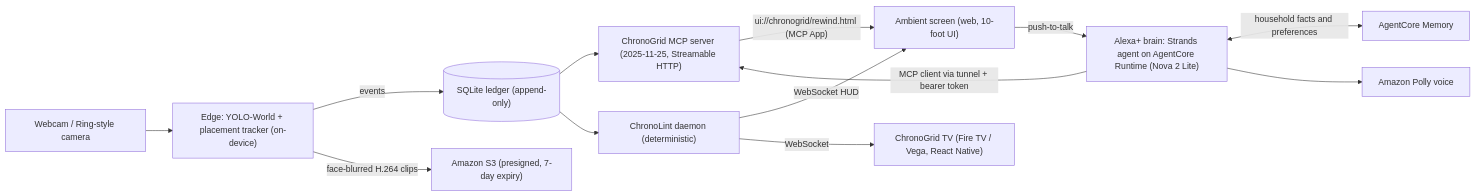
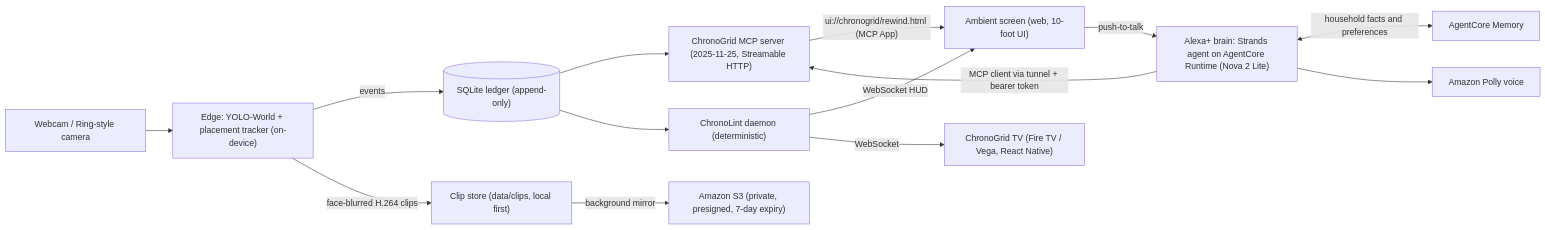
One commit to emarc99/ChronoGrid changed the diagram in README.md. Above: the diagram before and after it, drawn with Mermaid. The commit also changed other lines of this file and 3 other files, not shown here.

Commit message:
docs: explain object naming, real vs seeded history, and local-first clip storage with S3

````diff
--- a/README.md
+++ b/README.md
@@ -48,15 +48,16 @@
 ```mermaid
 flowchart LR
   Cam["Webcam / Ring-style camera"] --> Edge["Edge: YOLO-World + placement tracker (on-device)"]
   Edge -->|events| Ledger[("SQLite ledger (append-only)")]
-  Edge -->|"face-blurred H.264 clips"| S3["Amazon S3 (presigned, 7-day expiry)"]
+  Edge -->|"face-blurred H.264 clips"| Clips["Clip store (data/clips, local first)"]
+  Clips -->|"background mirror"| S3["Amazon S3 (private, presigned, 7-day expiry)"]
   Ledger --> MCP["ChronoGrid MCP server (2025-11-25, Streamable HTTP)"]
   Ledger --> Linter["ChronoLint daemon (deterministic)"]
   Alexa["Alexa+ brain: Strands agent on AgentCore Runtime (Nova 2 Lite)"] -->|"MCP client via tunnel + bearer token"| MCP
   Alexa <-->|"household facts and preferences"| Mem["AgentCore Memory"]
   Alexa --> Polly["Amazon Polly voice"]
   MCP -->|"ui://chronogrid/rewind.html (MCP App)"| Screen["Ambient screen (web, 10-foot UI)"]
   Linter -->|"WebSocket HUD"| Screen
   Linter -->|"WebSocket"| TV["ChronoGrid TV (Fire TV / Vega, React Native)"]
   Screen -->|"push-to-talk"| Alexa
 ```
````
